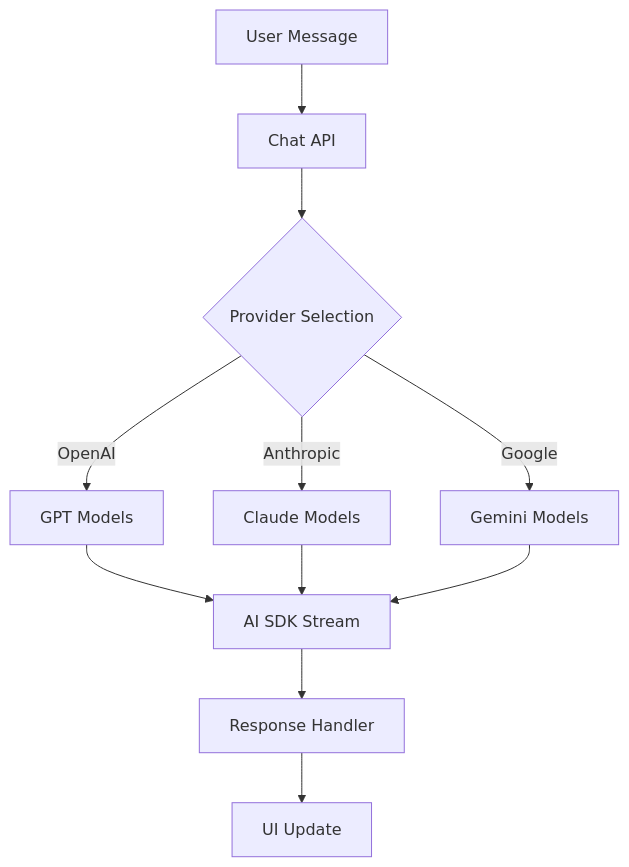
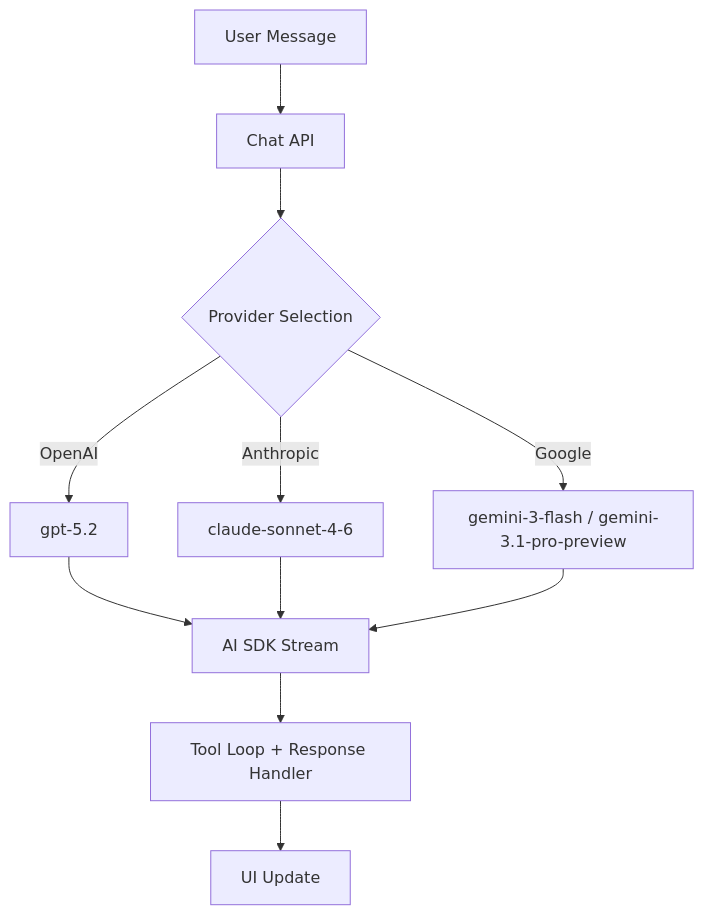
One commit to ryokun6/ryos changed the first of 3 diagrams in docs/4-ai-system.md. Above: the diagram before and after it, drawn with Mermaid. The commit also changed other lines of this file, not shown here.

Commit message:
docs: refresh AI system architecture and memory pipeline

````diff
--- a/docs/4-ai-system.md
+++ b/docs/4-ai-system.md
@@ -15,13 +20,13 @@
 ```mermaid
 graph TD
     A[User Message] --> B[Chat API]
     B --> C{Provider Selection}
-    C -->|OpenAI| D[GPT Models]
-    C -->|Anthropic| E[Claude Models]
-    C -->|Google| F[Gemini Models]
+    C -->|OpenAI| D[gpt-5.2]
+    C -->|Anthropic| E[claude-sonnet-4-6]
+    C -->|Google| F[gemini-3-flash / gemini-3.1-pro-preview]
     D --> G[AI SDK Stream]
     E --> G
     F --> G
-    G --> H[Response Handler]
+    G --> H[Tool Loop + Response Handler]
     H --> I[UI Update]
 ```
````
